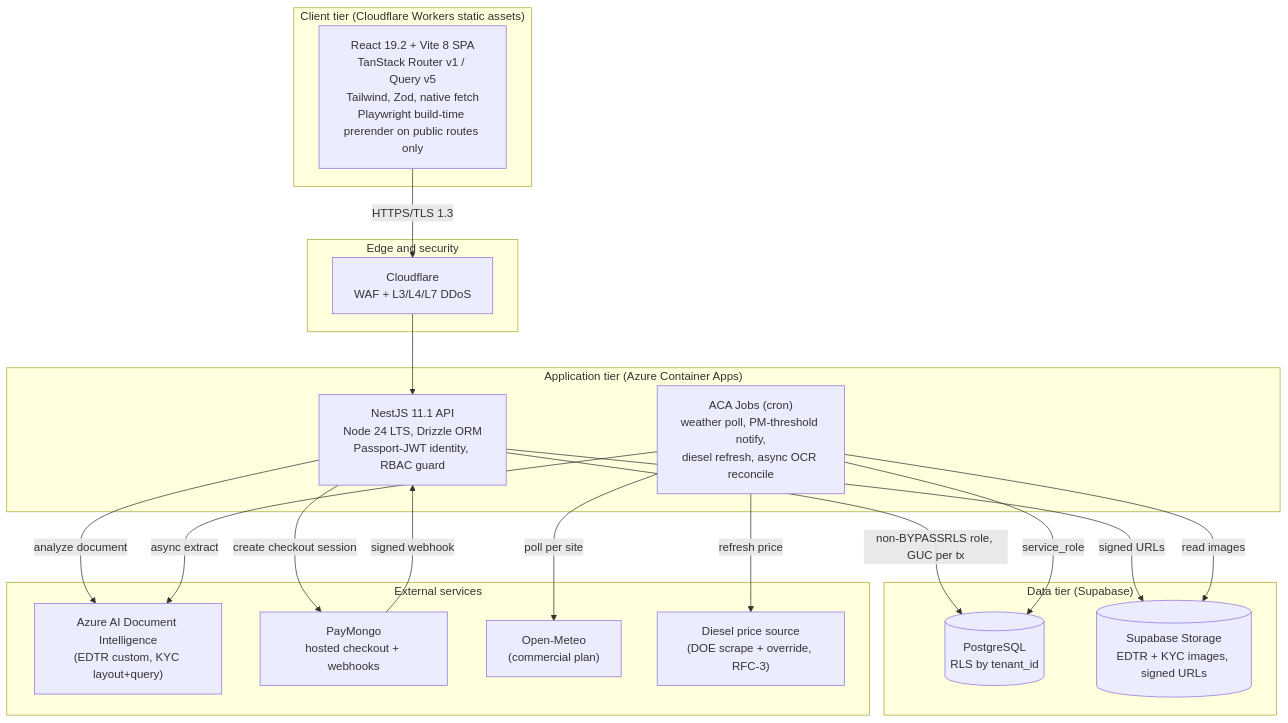
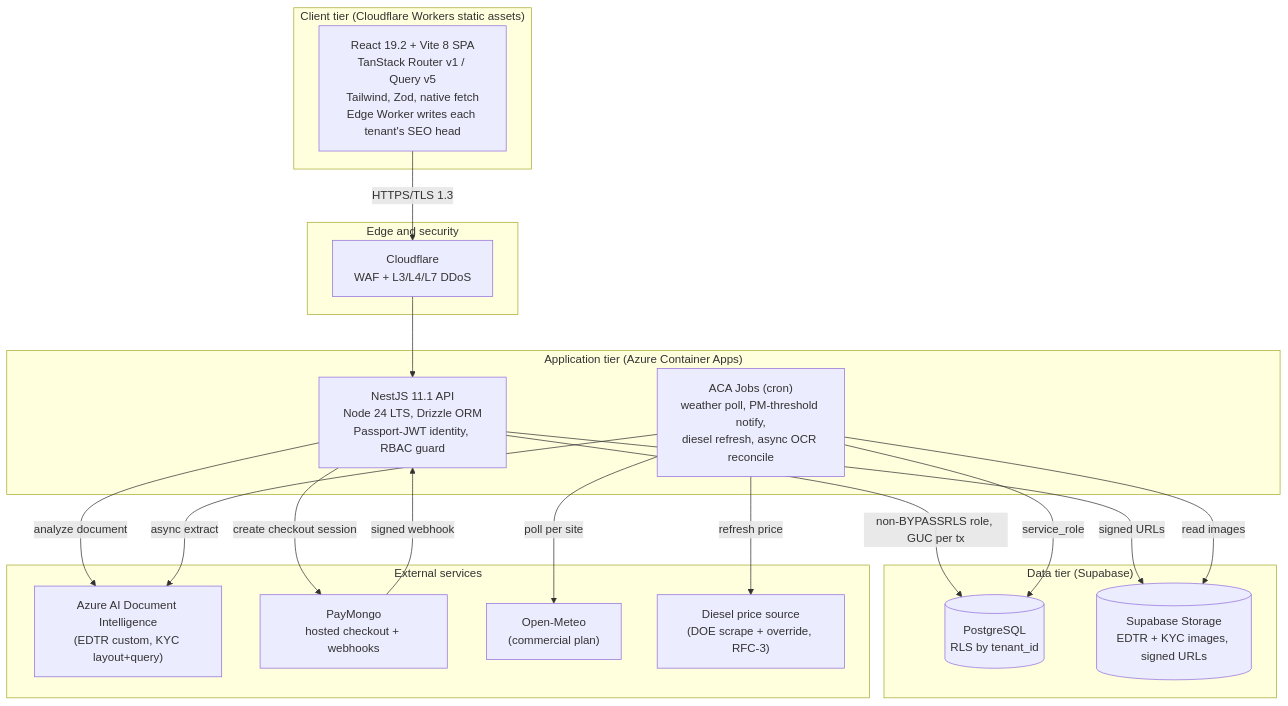
Before and after one commit to r0undy/arkilaunch: the first of 4 diagrams in docs/sdd-arkilaunch.md, drawn with Mermaid. The commit also changed other lines of this file and 14 other files, not shown here.

First line of the commit message:
feat(seo): each tenant's SEO head written at the edge; drop the Almara-hard-coded prerender

````diff
--- a/docs/sdd-arkilaunch.md
+++ b/docs/sdd-arkilaunch.md
@@ -40,36 +40,36 @@
 ```mermaid
 graph TD
     subgraph ClientTier["Client tier (Cloudflare Workers static assets)"]
-        FE["React 19.2 + Vite 8 SPA<br/>TanStack Router v1 / Query v5<br/>Tailwind, Zod, native fetch<br/>Playwright build-time prerender on public routes only"]
+        FE["React 19.2 + Vite 8 SPA<br/>TanStack Router v1 / Query v5<br/>Tailwind, Zod, native fetch<br/>Edge Worker writes each tenant's SEO head"]
     end
     subgraph EdgeTier["Edge and security"]
         CF["Cloudflare<br/>WAF + L3/L4/L7 DDoS"]
     end
     subgraph AppTier["Application tier (Azure Container Apps)"]
         NEST["NestJS 11.1 API<br/>Node 24 LTS, Drizzle ORM<br/>Passport-JWT identity, RBAC guard"]
         JOBS["ACA Jobs (cron)<br/>weather poll, PM-threshold notify,<br/>diesel refresh, async OCR reconcile"]
     end
     subgraph DataTier["Data tier (Supabase)"]
         PG[("PostgreSQL<br/>RLS by tenant_id")]
         ST[("Supabase Storage<br/>EDTR + KYC images, signed URLs")]
     end
     subgraph ExtTier["External services"]
         DI["Azure AI Document Intelligence<br/>(EDTR custom, KYC layout+query)"]
         PM["PayMongo<br/>hosted checkout + webhooks"]
         OM["Open-Meteo<br/>(commercial plan)"]
         DZL["Diesel price source<br/>(DOE scrape + override, RFC-3)"]
     end
 
     FE -->|HTTPS/TLS 1.3| CF
     CF --> NEST
     NEST -->|non-BYPASSRLS role, GUC per tx| PG
     NEST -->|signed URLs| ST
     NEST -->|analyze document| DI
     NEST -->|create checkout session| PM
     PM -->|signed webhook| NEST
     JOBS -->|service_role| PG
     JOBS -->|poll per site| OM
     JOBS -->|refresh price| DZL
     JOBS -->|async extract| DI
     JOBS -->|read images| ST
 ```
````
